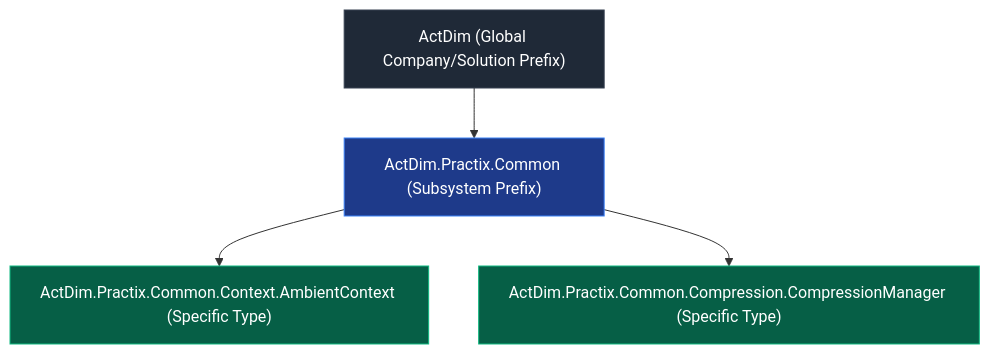
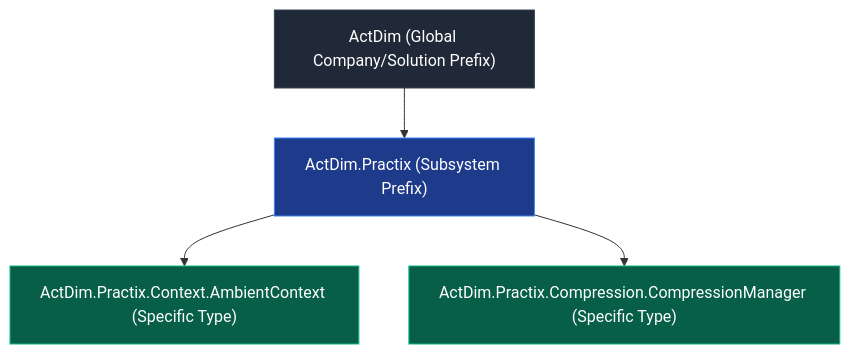
The third of 3 diagrams in ActDim.Observability/README.md (actdim/practix), drawn with Mermaid before and after one commit. The commit also changed other lines of this file and 148 other files, not shown here.

````diff
--- a/ActDim.Observability/README.md
+++ b/ActDim.Observability/README.md
@@ -470,11 +484,11 @@
 ```mermaid
 flowchart TD
-    Root["ActDim (Global Company/Solution Prefix)"] --> Module["ActDim.Practix.Common (Subsystem Prefix)"]
-    Module --> Class1["ActDim.Practix.Common.Context.AmbientContext (Specific Type)"]
-    Module --> Class2["ActDim.Practix.Common.Compression.CompressionManager (Specific Type)"]
+    Root["ActDim (Global Company/Solution Prefix)"] --> Module["ActDim.Practix (Subsystem Prefix)"]
+    Module --> Class1["ActDim.Practix.Context.AmbientContext (Specific Type)"]
+    Module --> Class2["ActDim.Practix.Compression.CompressionManager (Specific Type)"]
 
     style Root fill:#1f2937,stroke:#374151,color:#fff
     style Module fill:#1e3a8a,stroke:#3b82f6,color:#fff
     style Class1 fill:#065f46,stroke:#10b981,color:#fff
     style Class2 fill:#065f46,stroke:#10b981,color:#fff
 ```
````
